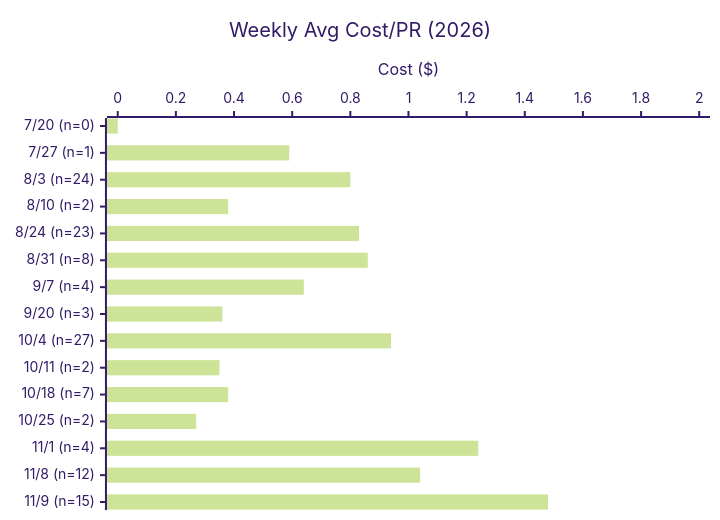
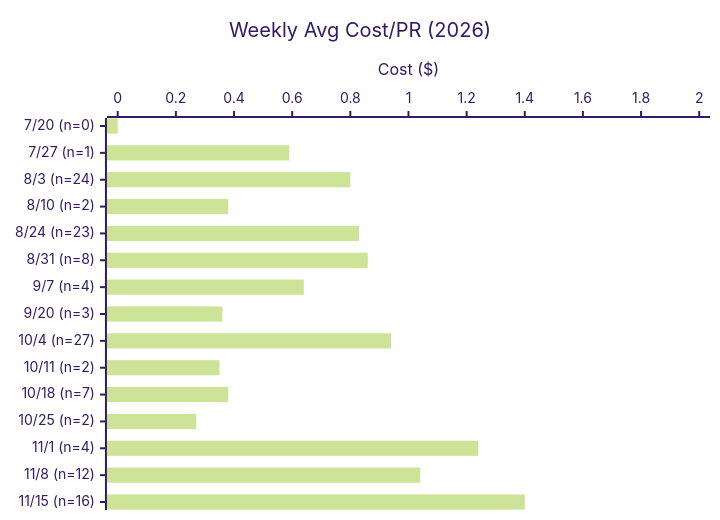
One commit to Sanctum-Origo-Systems/patina changed the second of 3 diagrams in EVAL.md. Above: the diagram before and after it, drawn with Mermaid (forest theme). The commit also changed other lines of this file and 1 other file, not shown here.

````diff
--- a/EVAL.md
+++ b/EVAL.md
@@ -27,7 +27,7 @@
 ```mermaid
 xychart-beta horizontal
     title "Weekly Avg Cost/PR (2026)"
-    x-axis ["7/20 (n=0)", "7/27 (n=1)", "8/3 (n=24)", "8/10 (n=2)", "8/24 (n=23)", "8/31 (n=8)", "9/7 (n=4)", "9/20 (n=3)", "10/4 (n=27)", "10/11 (n=2)", "10/18 (n=7)", "10/25 (n=2)", "11/1 (n=4)", "11/8 (n=12)", "11/9 (n=15)"]
+    x-axis ["7/20 (n=0)", "7/27 (n=1)", "8/3 (n=24)", "8/10 (n=2)", "8/24 (n=23)", "8/31 (n=8)", "9/7 (n=4)", "9/20 (n=3)", "10/4 (n=27)", "10/11 (n=2)", "10/18 (n=7)", "10/25 (n=2)", "11/1 (n=4)", "11/8 (n=12)", "11/15 (n=16)"]
     y-axis "Cost ($)" 0 --> 2
-    bar [0.00, 0.59, 0.80, 0.38, 0.83, 0.86, 0.64, 0.36, 0.94, 0.35, 0.38, 0.27, 1.24, 1.04, 1.48]
+    bar [0.00, 0.59, 0.80, 0.38, 0.83, 0.86, 0.64, 0.36, 0.94, 0.35, 0.38, 0.27, 1.24, 1.04, 1.40]
 ```
````
